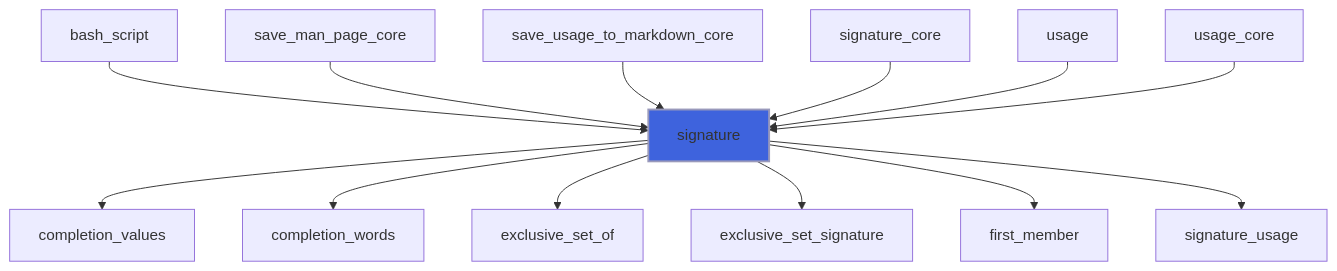
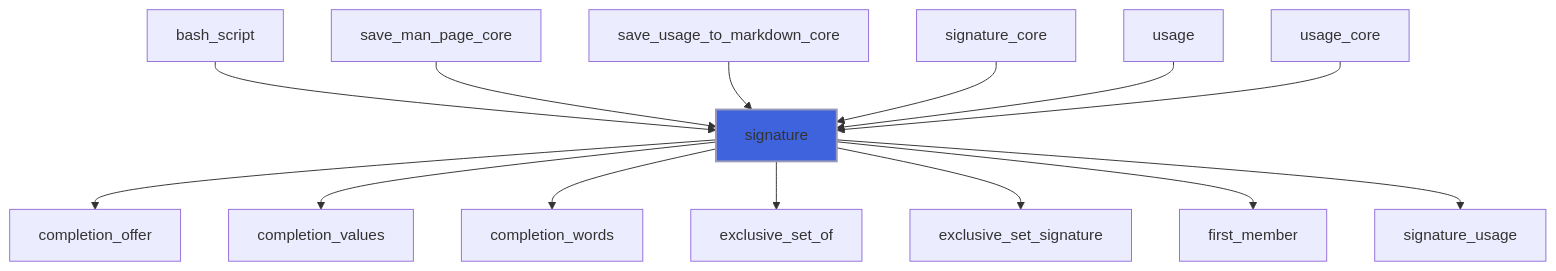
Diagram 37 of 40 in docs/api/src/lib/flap_command_line_arguments_group_t.md (szaghi/FLAP), drawn with Mermaid before and after one commit. The commit also changed other lines of this file and 13 other files, not shown here.

````diff
--- a/docs/api/src/lib/flap_command_line_arguments_group_t.md
+++ b/docs/api/src/lib/flap_command_line_arguments_group_t.md
@@ -1337,16 +1367,17 @@
 ```mermaid
 flowchart TD
   bash_script["bash_script"] --> signature["signature"]
   save_man_page_core["save_man_page_core"] --> signature["signature"]
   save_usage_to_markdown_core["save_usage_to_markdown_core"] --> signature["signature"]
   signature_core["signature_core"] --> signature["signature"]
   usage["usage"] --> signature["signature"]
   usage_core["usage_core"] --> signature["signature"]
+  signature["signature"] --> completion_offer["completion_offer"]
   signature["signature"] --> completion_values["completion_values"]
   signature["signature"] --> completion_words["completion_words"]
   signature["signature"] --> exclusive_set_of["exclusive_set_of"]
   signature["signature"] --> exclusive_set_signature["exclusive_set_signature"]
   signature["signature"] --> first_member["first_member"]
   signature["signature"] --> signature_usage["signature_usage"]
   style signature fill:#3e63dd,stroke:#99b,stroke-width:2px
 ```
````
